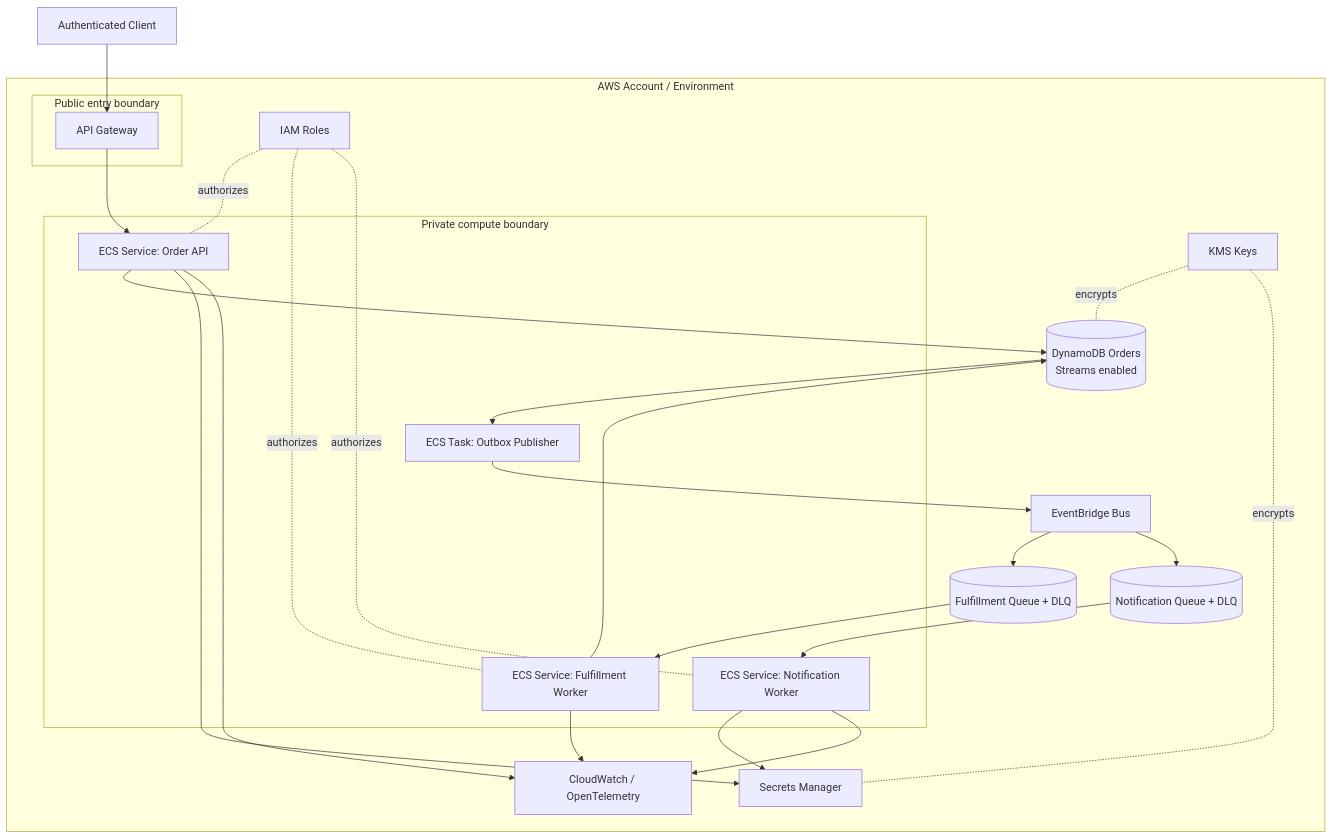
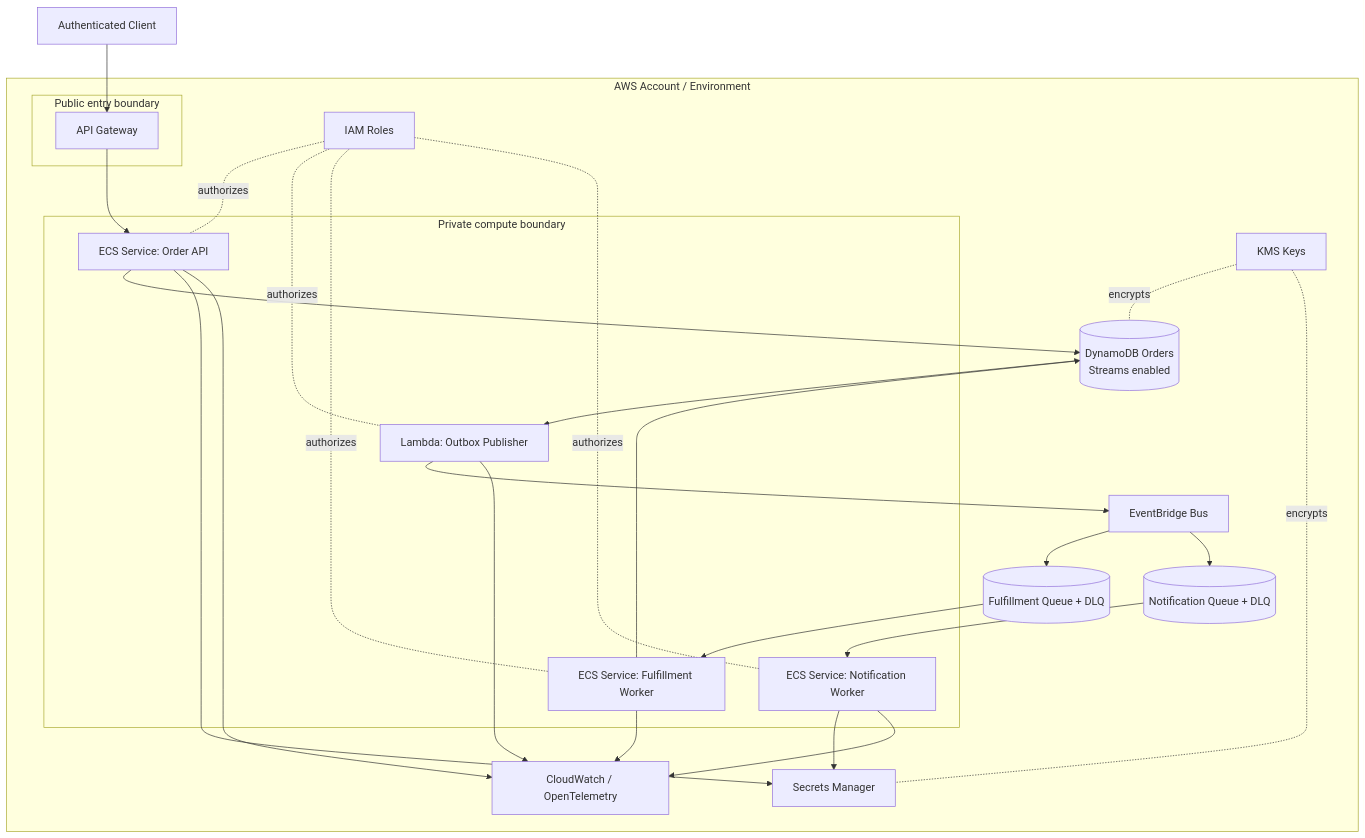
Before and after one commit to juanmquijano0/architect-manifest-example: the diagram in diagrams/deployment.mmd, drawn with Mermaid. The commit also changed other lines of this file and 23 other files, not shown here.

Commit message:
Fix architecture validation readiness

```diff
--- a/diagrams/deployment.mmd
+++ b/diagrams/deployment.mmd
@@ -1,36 +1,38 @@
 flowchart TB
   subgraph aws["AWS Account / Environment"]
     subgraph edge["Public entry boundary"]
       apigw["API Gateway"]
     end
     subgraph compute["Private compute boundary"]
       orderApi["ECS Service: Order API"]
-      outbox["ECS Task: Outbox Publisher"]
+      outbox["Lambda: Outbox Publisher"]
       fulfill["ECS Service: Fulfillment Worker"]
       notify["ECS Service: Notification Worker"]
     end
     dynamo[("DynamoDB Orders\nStreams enabled")]
     eventbridge["EventBridge Bus"]
     fulfillQ[("Fulfillment Queue + DLQ")]
     notifyQ[("Notification Queue + DLQ")]
     secrets["Secrets Manager"]
     kms["KMS Keys"]
     iam["IAM Roles"]
     obs["CloudWatch / OpenTelemetry"]
   end
 
   internet["Authenticated Client"] --> apigw --> orderApi
   orderApi --> dynamo
   dynamo --> outbox --> eventbridge
   eventbridge --> fulfillQ --> fulfill --> dynamo
   eventbridge --> notifyQ --> notify
   orderApi --> secrets
   notify --> secrets
   iam -. authorizes .- orderApi
+  iam -. authorizes .- outbox
   iam -. authorizes .- fulfill
   iam -. authorizes .- notify
   kms -. encrypts .- dynamo
   kms -. encrypts .- secrets
   orderApi --> obs
+  outbox --> obs
   fulfill --> obs
   notify --> obs
```
